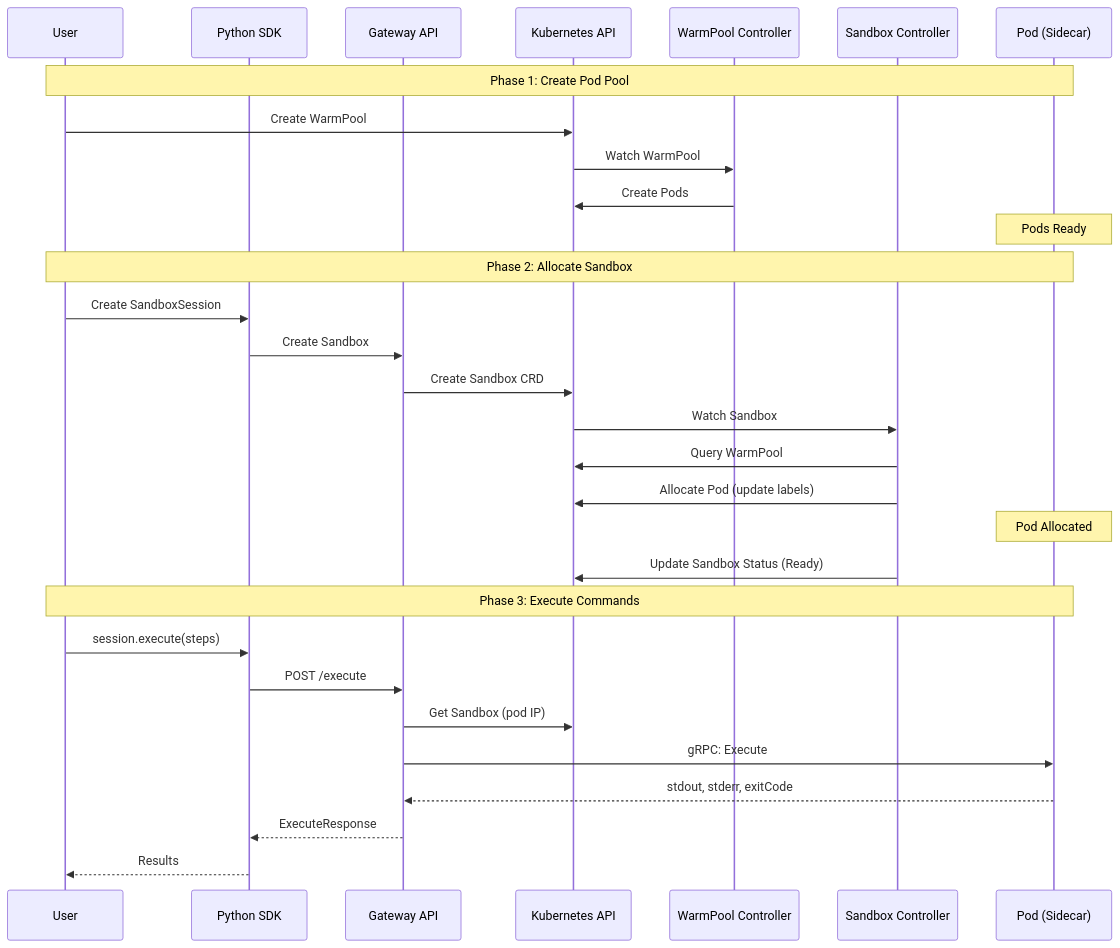
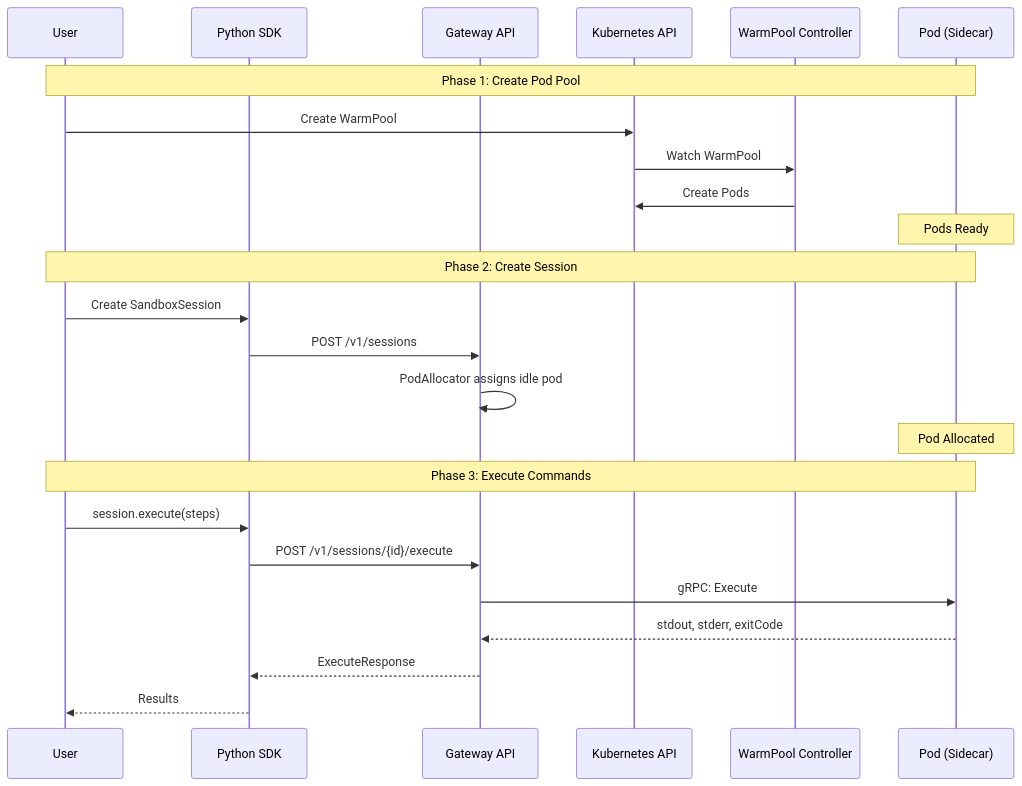
One commit to Lincyaw/agent-env changed the third of 4 diagrams in docs/developer-guide/architecture.md. Above: the diagram before and after it, drawn with Mermaid. The commit also changed other lines of this file and 11 other files, not shown here.

First line of the commit message:
docs: remove outdated Sandbox CRD and SandboxController references

````diff
--- a/docs/developer-guide/architecture.md
+++ b/docs/developer-guide/architecture.md
@@ -152,35 +126,29 @@
 ```mermaid
 sequenceDiagram
     participant User
     participant SDK as Python SDK
     participant GW as Gateway API
     participant API as Kubernetes API
     participant WPC as WarmPool Controller
-    participant SBC as Sandbox Controller
     participant Pod as Pod (Sidecar)
 
     Note over User,Pod: Phase 1: Create Pod Pool
     User->>API: Create WarmPool
     API->>WPC: Watch WarmPool
     WPC->>API: Create Pods
     Note over Pod: Pods Ready
 
-    Note over User,Pod: Phase 2: Allocate Sandbox
+    Note over User,Pod: Phase 2: Create Session
     User->>SDK: Create SandboxSession
-    SDK->>GW: Create Sandbox
-    GW->>API: Create Sandbox CRD
-    API->>SBC: Watch Sandbox
-    SBC->>API: Query WarmPool
-    SBC->>API: Allocate Pod (update labels)
+    SDK->>GW: POST /v1/sessions
+    GW->>GW: PodAllocator assigns idle pod
     Note over Pod: Pod Allocated
-    SBC->>API: Update Sandbox Status (Ready)
 
     Note over User,Pod: Phase 3: Execute Commands
     User->>SDK: session.execute(steps)
-    SDK->>GW: POST /execute
-    GW->>API: Get Sandbox (pod IP)
+    SDK->>GW: POST /v1/sessions/{id}/execute
     GW->>Pod: gRPC: Execute
     Pod-->>GW: stdout, stderr, exitCode
     GW-->>SDK: ExecuteResponse
     SDK-->>User: Results
 ```
````
